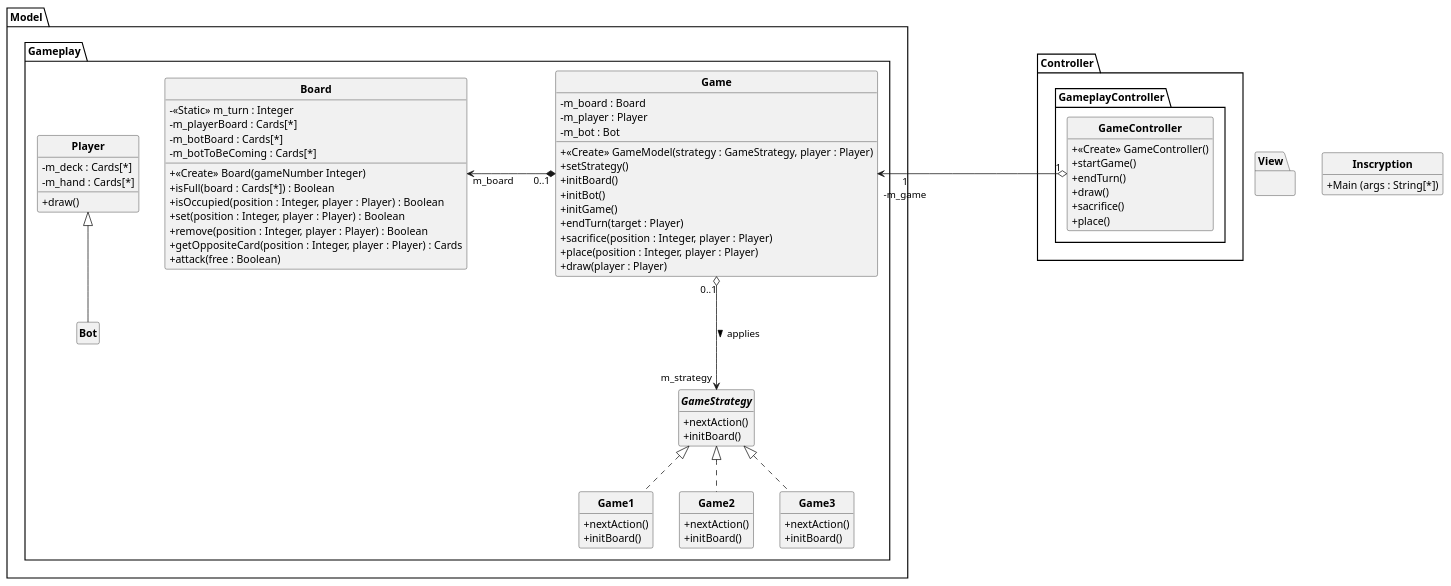
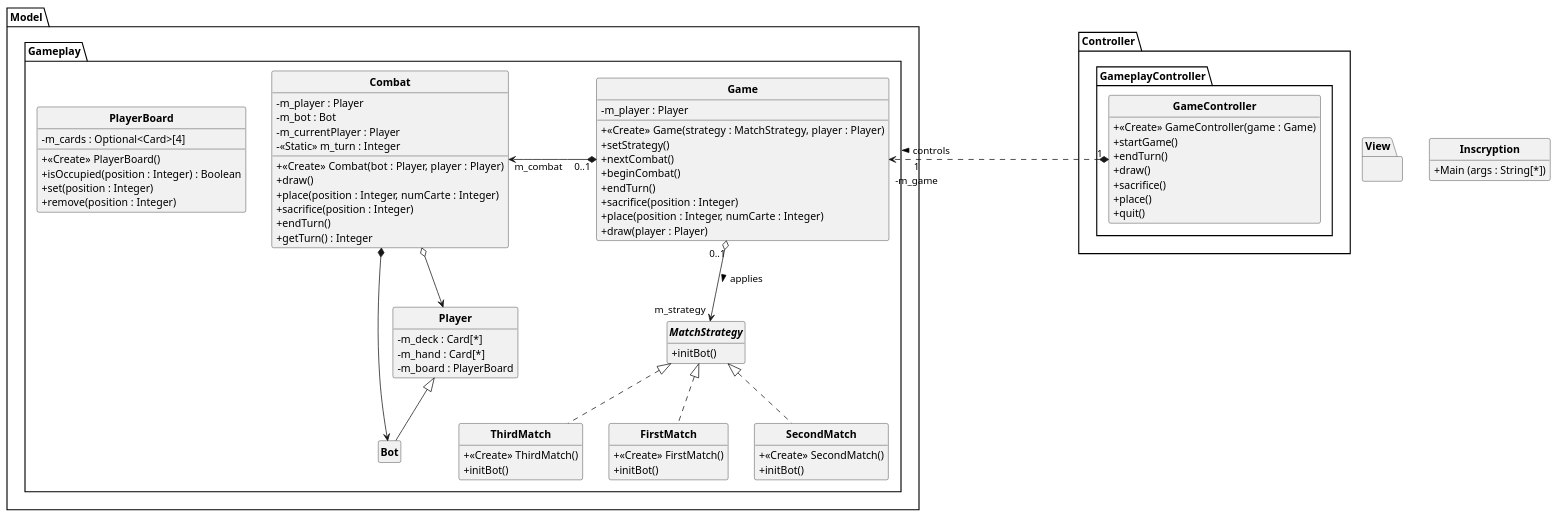
One commit to Guyomeuh/inscryption-tui changed the diagram in uml/Game.puml. Above: the diagram before and after it, drawn with PlantUML.

Commit message:
Mise à jour PUML du jeu, il manque joueur

```diff
--- a/uml/Game.puml
+++ b/uml/Game.puml
@@ -1,112 +1,121 @@
 @startuml
 'https://plantuml.com/class-diagram
 
 skinparam classAttributeIconSize 0
 skinparam classFontStyle Bold
 skinparam style strictuml
 hide empty members
 
 class Inscryption
 {
     +Main (args : String[*])
 }
 
 package View
 {
 }
 package Model
 {
     package Gameplay
     {
         class Game
         {
-            - m_board : Board
             - m_player : Player
-            - m_bot : Bot
-            +<<Create>> GameModel(strategy : GameStrategy, player : Player)
+            +<<Create>> Game(strategy : MatchStrategy, player : Player)
             +setStrategy()
-            +initBoard()
-            +initBot()
-            +initGame()
-            +endTurn(target : Player)
-            +sacrifice(position : Integer, player : Player)
-            +place(position : Integer, player : Player)
+            +nextCombat()
+            +beginCombat()
+            +endTurn()
+            +sacrifice(position : Integer)
+            +place(position : Integer, numCarte : Integer)
             +draw(player : Player)
         }
 
-        interface GameStrategy
+        class Combat
         {
-            +nextAction()
-            +initBoard()
+            - m_player : Player
+            - m_bot : Bot
+            - m_currentPlayer : Player
+            - <<Static>> m_turn : Integer
+            +<<Create>> Combat(bot : Player, player : Player)
+            +draw()
+            +place(position : Integer, numCarte : Integer)
+            +sacrifice(position : Integer)
+            +endTurn()
+            +getTurn() : Integer
         }
 
-        class Game1 implements GameStrategy
+
+
+        interface MatchStrategy
         {
-            +nextAction()
-            +initBoard()
+            +initBot()
         }
 
-        class Game2 implements GameStrategy
+        class FirstMatch implements MatchStrategy
         {
-            +nextAction()
-            +initBoard()
+            +<<Create>> FirstMatch()
+            +initBot()
         }
 
-        class Game3 implements GameStrategy
+        class SecondMatch implements MatchStrategy
         {
-            +nextAction()
-            +initBoard()
+            +<<Create>> SecondMatch()
+            +initBot()
         }
 
-        Game "0..1" o---> "m_strategy" GameStrategy  : > applies
-        Game "0..1" *-L> "m_board" Board : \t\t\t
+        class ThirdMatch implements MatchStrategy
+        {
+            +<<Create>> ThirdMatch()
+            +initBot()
+        }
 
-        class Board
+        Game "0..1" o--> "m_strategy" MatchStrategy  : > applies
+        Game "0..1" *-l-> "m_combat" Combat :  \t\t\t
+        Combat o--> Player
+        Combat *-> Bot
+
+        class PlayerBoard
         {
-            - <<Static>> m_turn : Integer
-            - m_playerBoard : Cards[*]
-            - m_botBoard : Cards[*]
-            - m_botToBeComing : Cards[*]
-            + <<Create>> Board(gameNumber Integer)
-            + isFull(board : Cards[*]) : Boolean
-            + isOccupied(position : Integer, player : Player) : Boolean
-            + set(position : Integer, player : Player) : Boolean
-            + remove(position : Integer, player : Player) : Boolean
-            + getOppositeCard(position : Integer, player : Player) : Cards
-            + attack(free : Boolean)
+            -m_cards : Optional<Card>[4]
+            +<<Create>> PlayerBoard()
+            +isOccupied(position : Integer) : Boolean
+            +set(position : Integer)
+            +remove(position : Integer)
 
         }
 
         class Player
         {
-            - m_deck : Cards[*]
-            - m_hand : Cards[*]
-            + draw()
+            - m_deck : Card[*]
+            - m_hand : Card[*]
+            - m_board : PlayerBoard
 
         }
 
         class Bot extends Player
         {
         }
     }
 
 }
 
 package Controller
 {
     package GameplayController
     {
         class GameController
         {
-            + <<Create>> GameController()
+            + <<Create>> GameController(game : Game)
             + startGame()
             + endTurn()
             + draw()
             + sacrifice()
             + place()
+            + quit()
         }
     }
 }
 
-GameController "1" o-> "1\n-m_game" Game : \t\t\t\t\t\t\t\t
+GameController "1" *.> "1\n-m_game" Game : > controls\t\t\t\t\t\t\t\t
 @enduml
```
